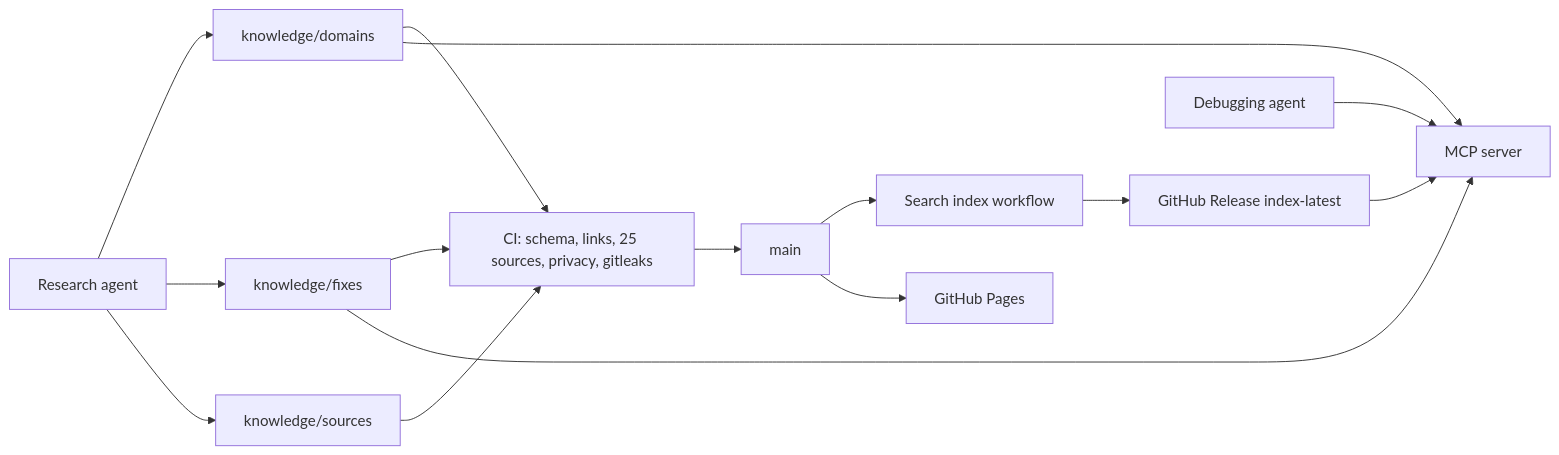
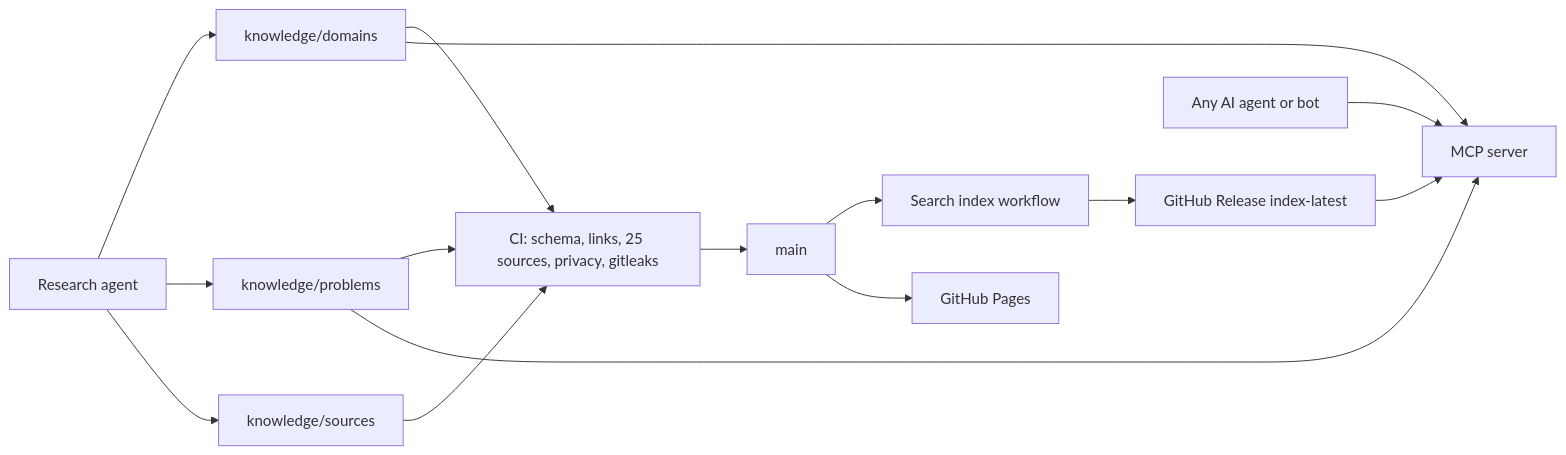
The diagram in README.md (fvegiard/priorart), drawn with Mermaid before and after one commit. The commit also changed other lines of this file and 35 other files, not shown here.

First line of the commit message:
docs: frame priorart as knowledge for any agent

````diff
--- a/README.md
+++ b/README.md
@@ -11,17 +11,17 @@
 ```mermaid
 flowchart LR
   research[Research agent] --> domains[knowledge/domains]
-  research --> fixes[knowledge/fixes]
+  research --> problems[knowledge/problems]
   research --> packs[knowledge/sources]
   domains --> ci[CI: schema, links, 25 sources, privacy, gitleaks]
-  fixes --> ci
+  problems --> ci
   packs --> ci
   ci --> main[main]
   main --> indexJob[Search index workflow]
   indexJob --> release[GitHub Release index-latest]
   main --> pages[GitHub Pages]
   release --> mcp[MCP server]
   domains --> mcp
-  fixes --> mcp
-  debug[Debugging agent] --> mcp
+  problems --> mcp
+  agents[Any AI agent or bot] --> mcp
 ```
````
